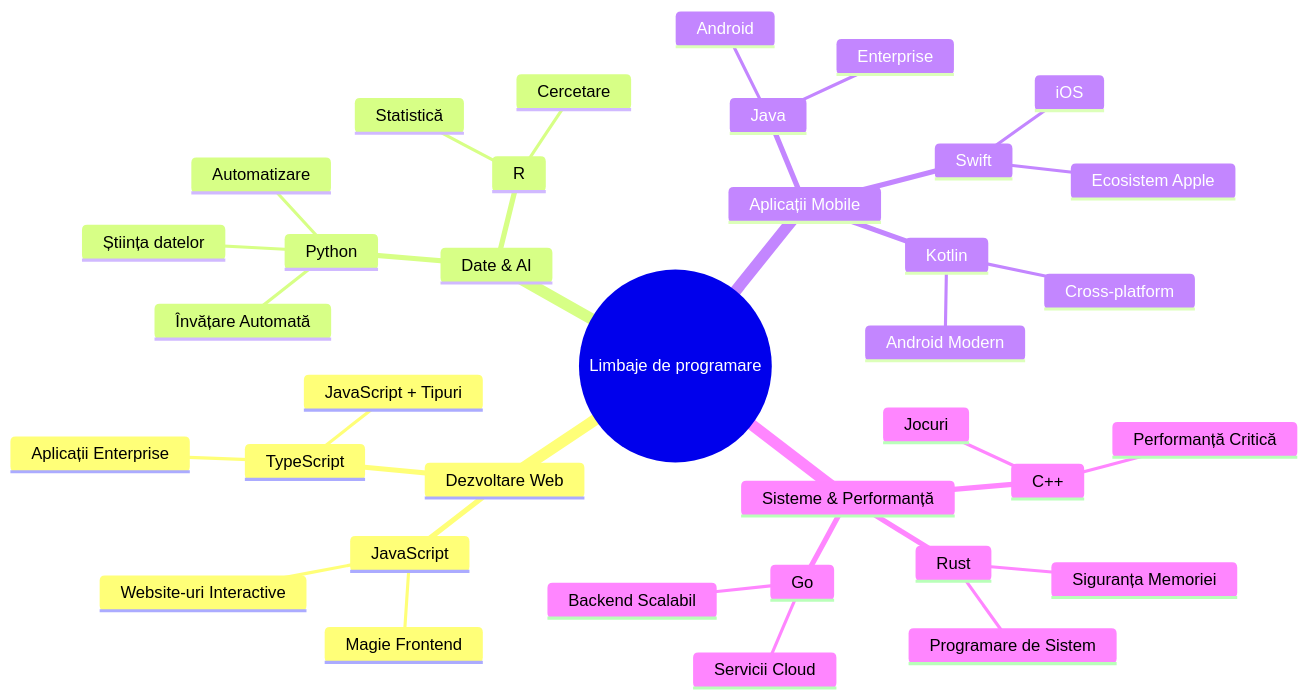
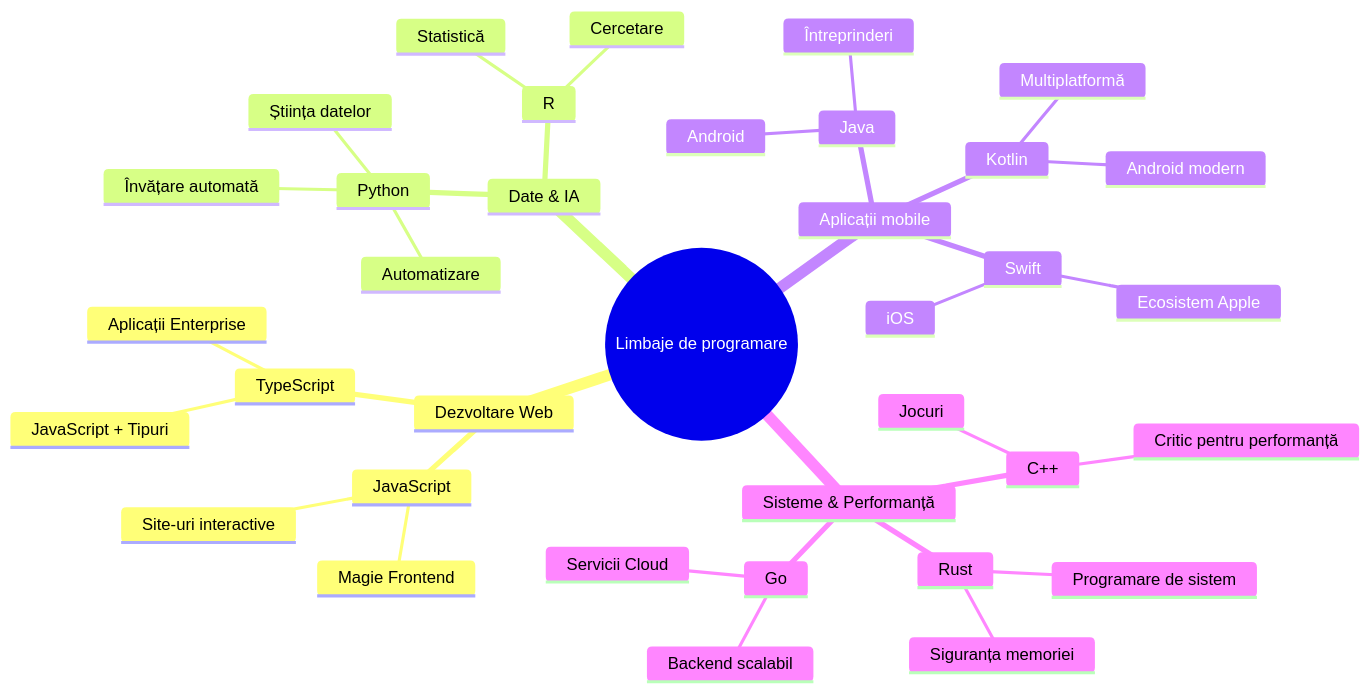
One commit to microsoft/Web-Dev-For-Beginners changed the second of 7 diagrams in translations/ro/1-getting-started-lessons/1-intro-to-programming-languages/README.md. Above: the diagram before and after it, drawn with Mermaid. The commit also changed other lines of this file and 8 other files, not shown here.

````diff
--- a/translations/ro/1-getting-started-lessons/1-intro-to-programming-languages/README.md
+++ b/translations/ro/1-getting-started-lessons/1-intro-to-programming-languages/README.md
@@ -85,39 +85,39 @@
 ```mermaid
 mindmap
   root((Limbaje de programare))
     Dezvoltare Web
       JavaScript
         Magie Frontend
-        Website-uri Interactive
+        Site-uri interactive
       TypeScript
         JavaScript + Tipuri
         Aplicații Enterprise
-    Date & AI
+    Date & IA
       Python
         Știința datelor
-        Învățare Automată
+        Învățare automată
         Automatizare
       R
         Statistică
         Cercetare
-    Aplicații Mobile
+    Aplicații mobile
       Java
         Android
-        Enterprise
+        Întreprinderi
       Swift
         iOS
         Ecosistem Apple
       Kotlin
-        Android Modern
-        Cross-platform
+        Android modern
+        Multiplatformă
     Sisteme & Performanță
       C++
         Jocuri
-        Performanță Critică
+        Critic pentru performanță
       Rust
-        Siguranța Memoriei
-        Programare de Sistem
+        Siguranța memoriei
+        Programare de sistem
       Go
         Servicii Cloud
-        Backend Scalabil
+        Backend scalabil
 ```
````
